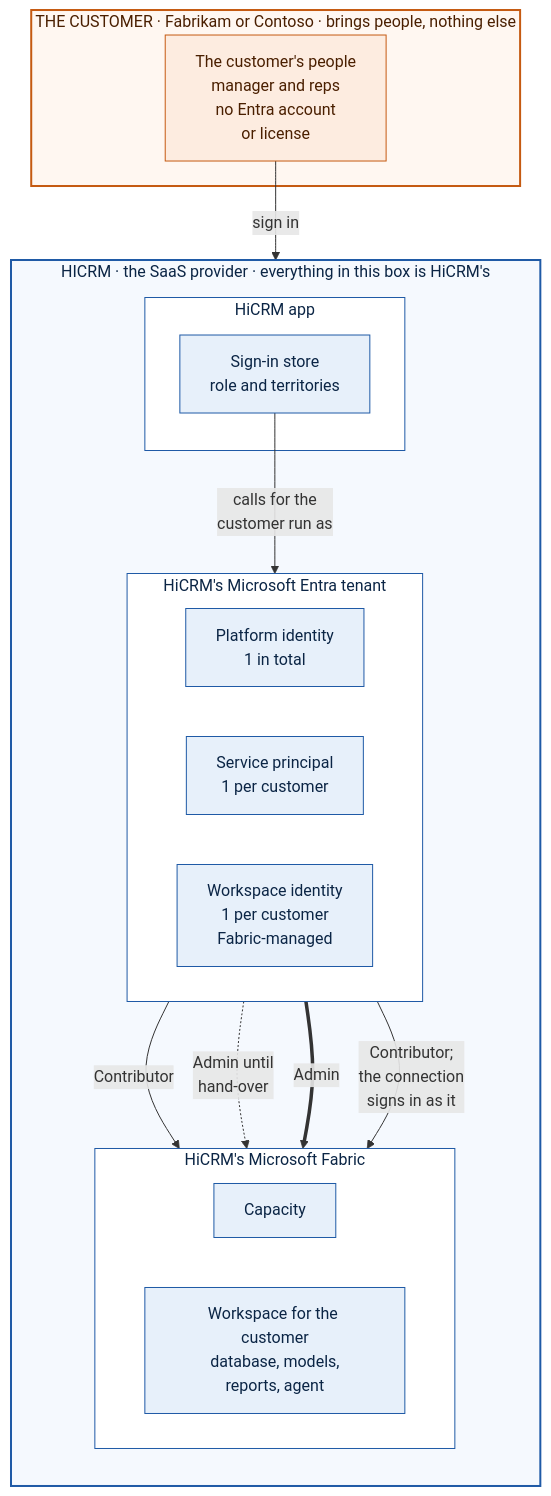
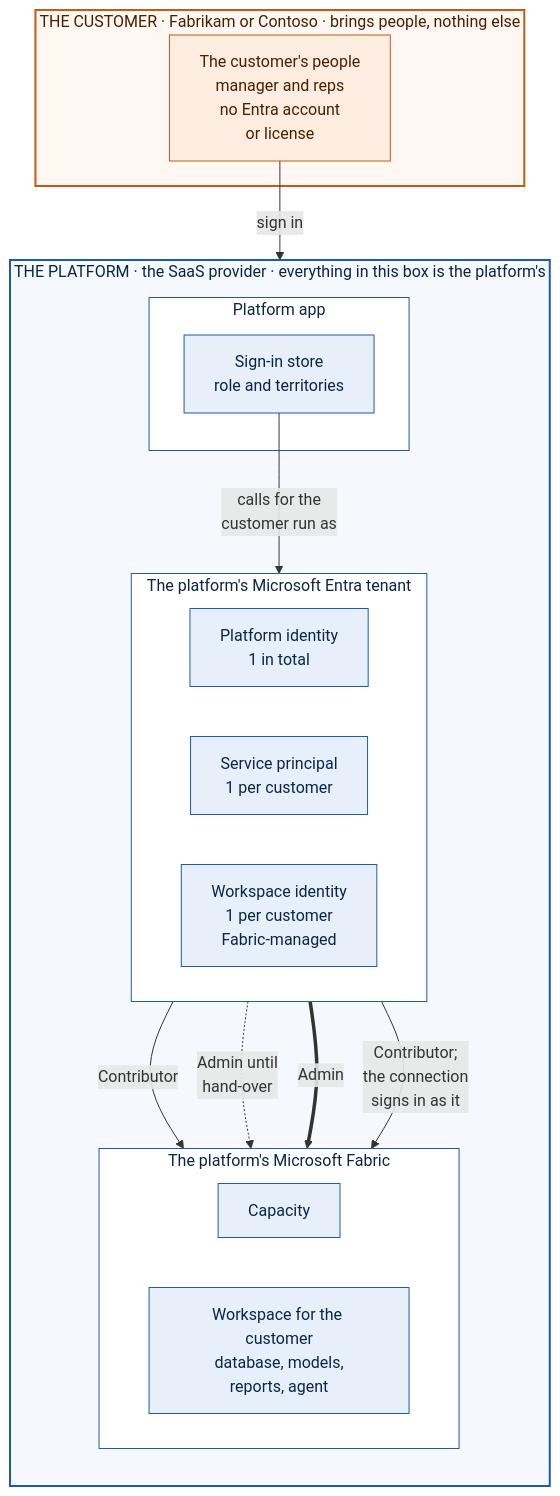
One commit to apkola29/fabric changed the diagram in saas-platform/BUILDOUT.md. Above: the diagram before and after it, drawn with Mermaid. The commit also changed other lines of this file and 72 other files, not shown here.

First line of the commit message:
saas-platform: rename HiCRM to the platform app; official Fabric icons

````diff
--- a/saas-platform/BUILDOUT.md
+++ b/saas-platform/BUILDOUT.md
@@ -34,40 +34,40 @@
 ```mermaid
 flowchart TB
-  %% Orange: the customer, Fabrikam or Contoso. Blue: HiCRM, the SaaS provider, which owns everything in its box.
+  %% Orange: the customer, Fabrikam or Contoso. Blue: the platform, the SaaS provider, which owns everything in its box.
   subgraph CUST["THE CUSTOMER · Fabrikam or Contoso · brings people, nothing else"]
     PEOPLE["The customer's people<br/>manager and reps<br/>no Entra account<br/>or license"]
   end
-  subgraph HI["HICRM · the SaaS provider · everything in this box is HiCRM's"]
+  subgraph HI["THE PLATFORM · the SaaS provider · everything in this box is the platform's"]
     direction TB
-    subgraph APP["HiCRM app"]
+    subgraph APP["Platform app"]
       STORE["Sign-in store<br/>role and territories"]
     end
-    subgraph ENTRA["HiCRM's Microsoft Entra tenant"]
+    subgraph ENTRA["The platform's Microsoft Entra tenant"]
       direction LR
       PSP["Platform identity<br/>1 in total"]
       SA["Service principal<br/>1 per customer"]
       WI["Workspace identity<br/>1 per customer<br/>Fabric-managed"]
     end
-    subgraph FABRIC["HiCRM's Microsoft Fabric"]
+    subgraph FABRIC["The platform's Microsoft Fabric"]
       direction LR
       CAP["Capacity"]
       WS["Workspace for the customer<br/>database, models,<br/>reports, agent"]
     end
   end
   PEOPLE -->|"sign in"| STORE
   STORE -->|"calls for the<br/>customer run as"| SA
   PSP -->|"Contributor"| CAP
   PSP -.->|"Admin until<br/>hand-over"| WS
   SA ==>|"Admin"| WS
   WI -->|"Contributor;<br/>the connection<br/>signs in as it"| WS
 
   classDef customer fill:#FDECE0,stroke:#C55A11,color:#4A1F00
-  classDef hicrm fill:#E7F0FA,stroke:#1F5AA6,color:#0B2545
+  classDef platform fill:#E7F0FA,stroke:#1F5AA6,color:#0B2545
   class PEOPLE customer
-  class STORE,PSP,SA,WI,CAP,WS hicrm
+  class STORE,PSP,SA,WI,CAP,WS platform
   style CUST fill:#FFF7F1,stroke:#C55A11,stroke-width:2px,color:#4A1F00
   style HI fill:#F5F9FE,stroke:#1F5AA6,stroke-width:2px,color:#0B2545
   style APP fill:#FFFFFF,stroke:#1F5AA6,color:#0B2545
   style ENTRA fill:#FFFFFF,stroke:#1F5AA6,color:#0B2545
   style FABRIC fill:#FFFFFF,stroke:#1F5AA6,color:#0B2545
 ```
````
